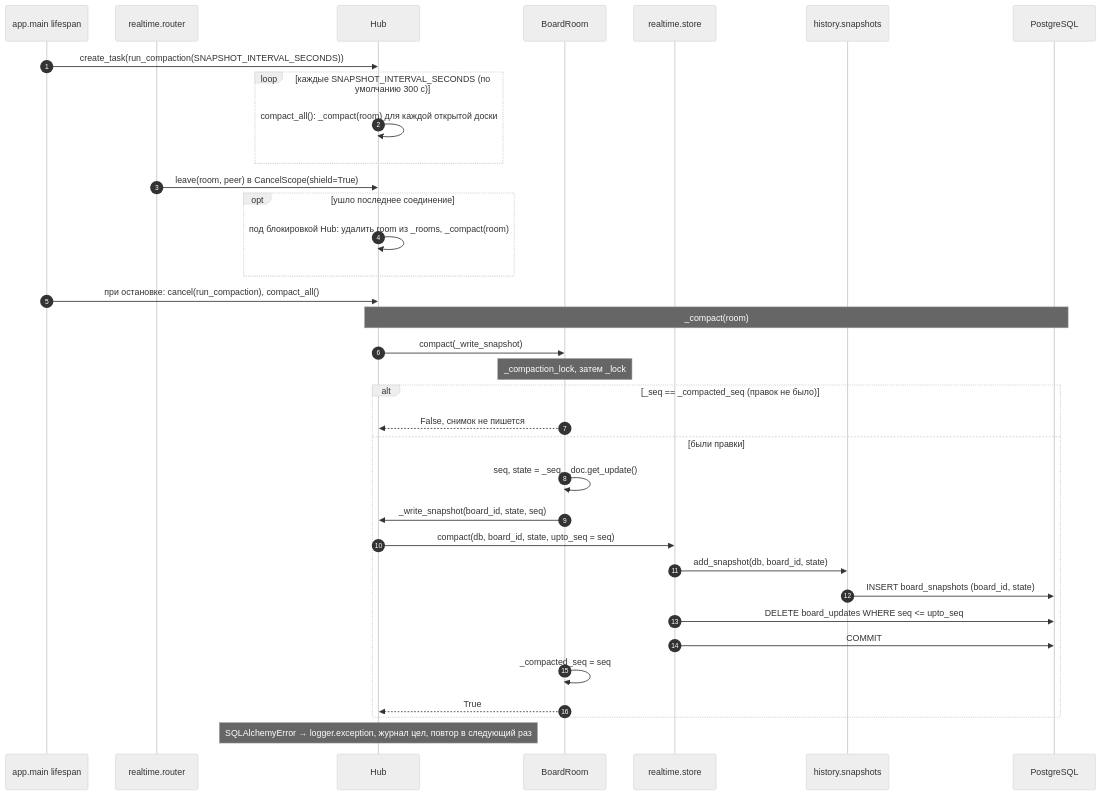
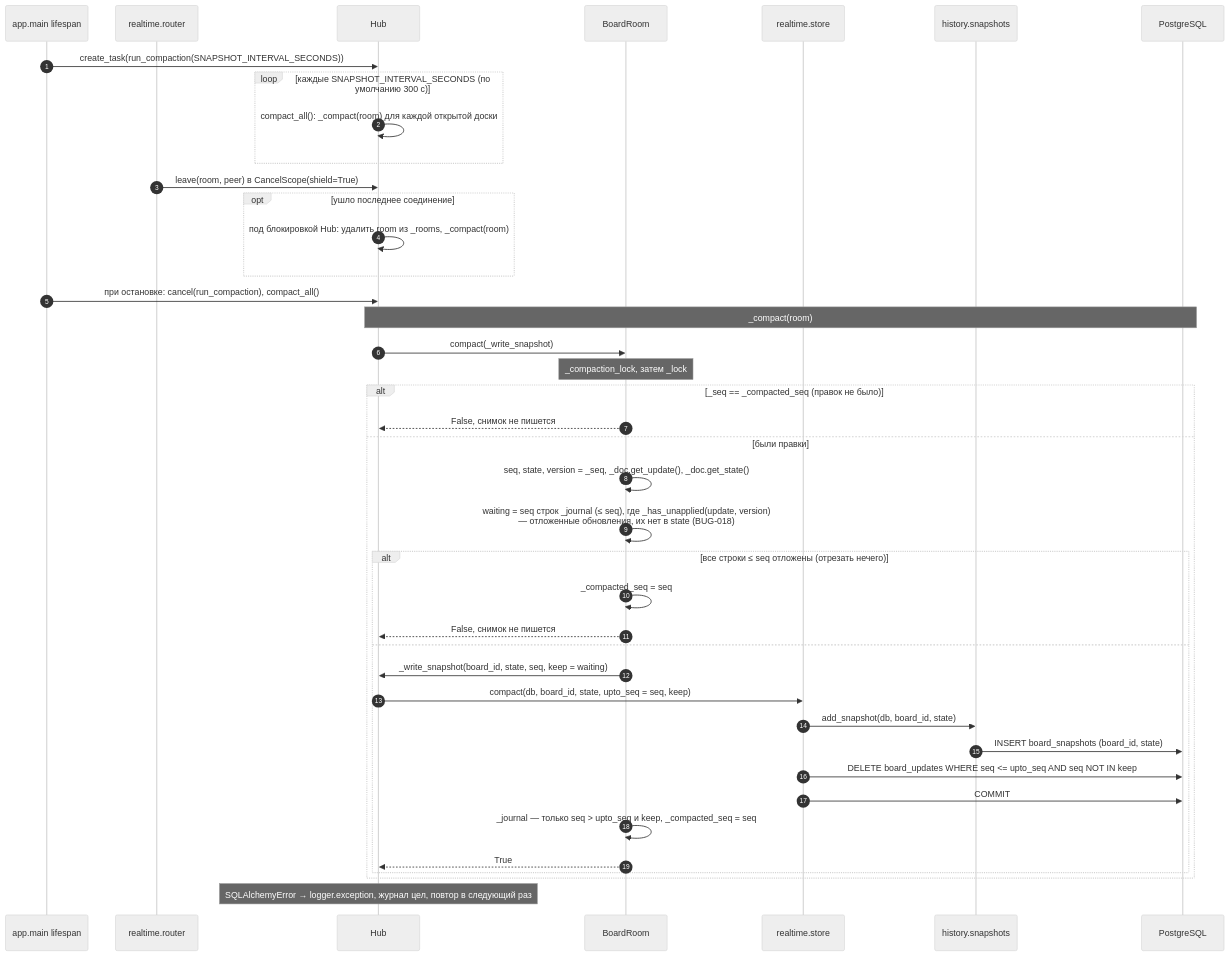
One commit to shumakove/myboard changed the second of 3 diagrams in uml/sequences/sync.md. Above: the diagram before and after it, drawn with Mermaid (neutral theme). The commit also changed other lines of this file and 7 other files, not shown here.

First line of the commit message:
T6.2: Обновить UML по принятому коду (стикеры, стопка, BUG-018)

````diff
--- a/uml/sequences/sync.md
+++ b/uml/sequences/sync.md
@@ -79,39 +100,45 @@
 ```mermaid
 sequenceDiagram
   autonumber
   participant APP as app.main lifespan
   participant R as realtime.router
   participant H as Hub
   participant M as BoardRoom
   participant S as realtime.store
   participant HI as history.snapshots
   participant DB as PostgreSQL
 
   APP->>H: create_task(run_compaction(SNAPSHOT_INTERVAL_SECONDS))
   loop каждые SNAPSHOT_INTERVAL_SECONDS (по умолчанию 300 с)
     H->>H: compact_all(): _compact(room) для каждой открытой доски
   end
   R->>H: leave(room, peer) в CancelScope(shield=True)
   opt ушло последнее соединение
     H->>H: под блокировкой Hub: удалить room из _rooms, _compact(room)
   end
   APP->>H: при остановке: cancel(run_compaction), compact_all()
 
   Note over H,DB: _compact(room)
   H->>M: compact(_write_snapshot)
   Note over M: _compaction_lock, затем _lock
   alt _seq == _compacted_seq (правок не было)
     M-->>H: False, снимок не пишется
   else были правки
-    M->>M: seq, state = _seq, _doc.get_update()
-    M->>H: _write_snapshot(board_id, state, seq)
-    H->>S: compact(db, board_id, state, upto_seq = seq)
-    S->>HI: add_snapshot(db, board_id, state)
-    HI->>DB: INSERT board_snapshots (board_id, state)
-    S->>DB: DELETE board_updates WHERE seq <= upto_seq
-    S->>DB: COMMIT
-    M->>M: _compacted_seq = seq
-    M-->>H: True
+    M->>M: seq, state, version = _seq, _doc.get_update(), _doc.get_state()
+    M->>M: waiting = seq строк _journal (≤ seq), где _has_unapplied(update, version)<br/>— отложенные обновления, их нет в state (BUG-018)
+    alt все строки ≤ seq отложены (отрезать нечего)
+      M->>M: _compacted_seq = seq
+      M-->>H: False, снимок не пишется
+    else
+      M->>H: _write_snapshot(board_id, state, seq, keep = waiting)
+      H->>S: compact(db, board_id, state, upto_seq = seq, keep)
+      S->>HI: add_snapshot(db, board_id, state)
+      HI->>DB: INSERT board_snapshots (board_id, state)
+      S->>DB: DELETE board_updates WHERE seq <= upto_seq AND seq NOT IN keep
+      S->>DB: COMMIT
+      M->>M: _journal — только seq > upto_seq и keep, _compacted_seq = seq
+      M-->>H: True
+    end
   end
   Note over H: SQLAlchemyError → logger.exception, журнал цел, повтор в следующий раз
 ```
````
